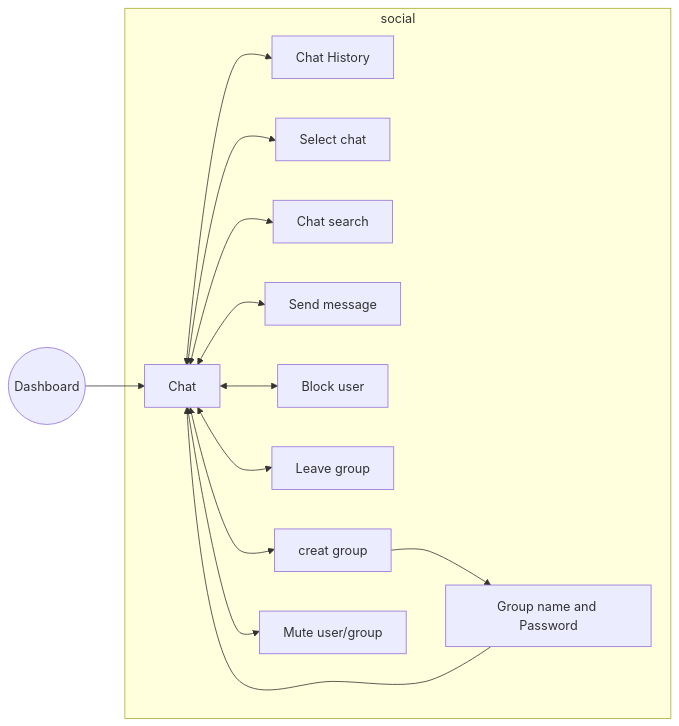
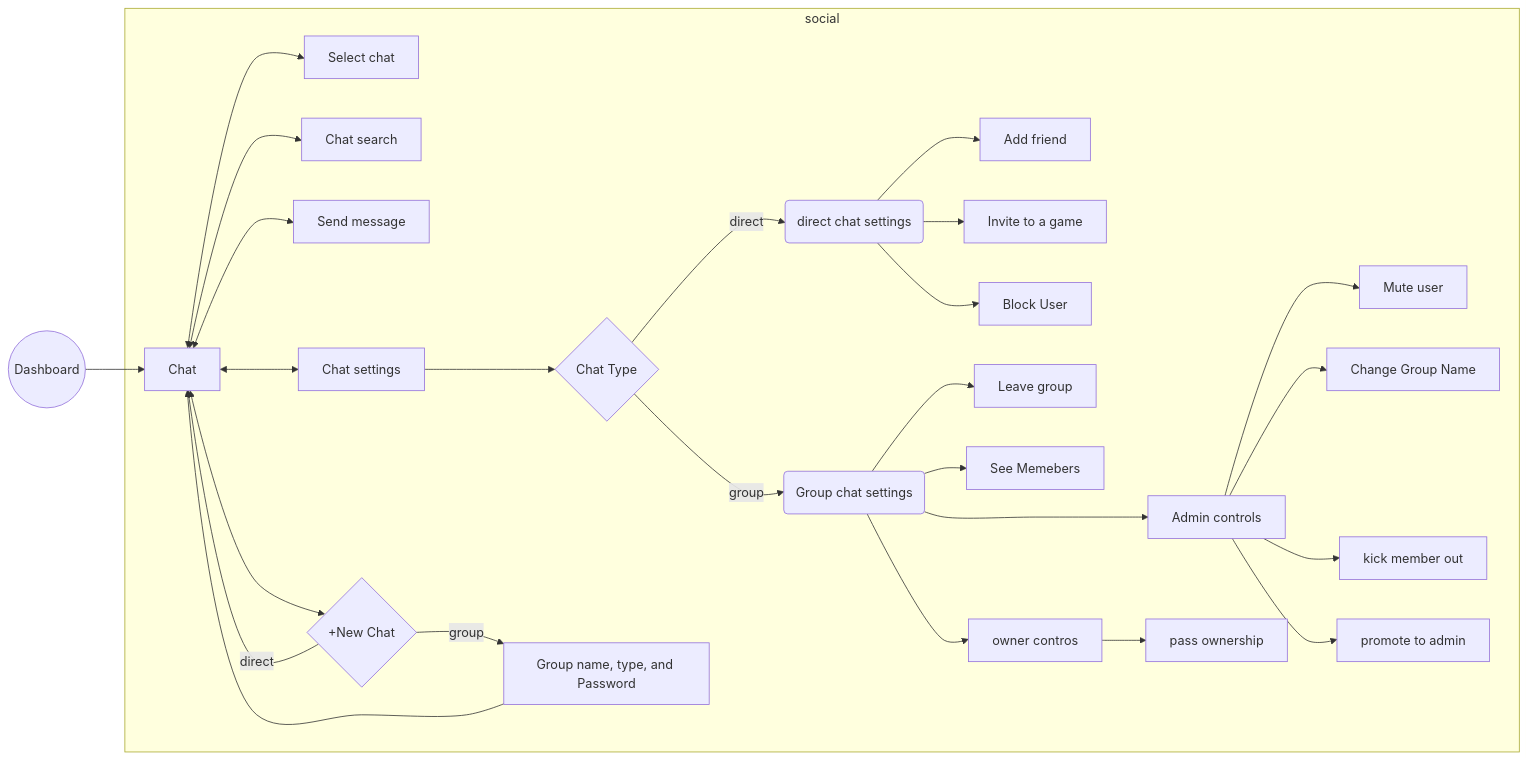
One commit to Salem-1/Transcendence changed the diagram in documetation/flowcharts/chat.md. Above: the diagram before and after it, drawn with Mermaid. The commit also changed 6 other files, not shown here.

Commit message:
Updated flowcharts as our last meeting The flow chart are missing the database and some details that will be added as we move along

````diff
--- a/documetation/flowcharts/chat.md
+++ b/documetation/flowcharts/chat.md
@@ -2,22 +2,41 @@
 ``` mermaid
 %%{init: {'theme': 'default', "flowchart" : { "curve" : "catmullRom" } } }%%
 flowchart LR
 		dash((Dashboard))
 
 		dash --> chat[Chat]
 
 
 		subgraph social
-			chat <--> chHist[Chat History]
 			chat <--> inChat[Select chat]
 			chat <--> chatsrch[Chat search]
 			chat <--> Send[Send message]
-			chat <--> Block[Block user]
-			chat <--> Leave[Leave group]
-			chat <--> Cr[creat group]
-			Cr --> group[Group name and Password] --> chat
-			chat <--> Mute[Mute user/group]
+			chat <--> chatSet[Chat settings]
+			chatSet --> chatType{Chat Type}
+			chatType -- direct --> pr(direct chat settings)
+			chatType -- group --> gr(Group chat settings)
+
+			pr --> add[Add friend]
+			pr --> Invite[Invite to a game]
+			pr --> Block[Block User]
+
+			gr -->  Leave[Leave group]
+			gr --> Member[See Memebers]
+			gr ---> AC[Admin controls]
+			gr --> Owner[owner contros]
+
+			AC -->  Mute[Mute user]
+			AC --> name["Change Group Name"]
+			AC --> Kick[kick member out]
+			AC --> promote[promote to admin]
+
+			Owner --> pass[pass ownership]
+
+			chat <--> Cr{+New Chat} 
+
+			Cr -- group --> group[Group name, type, and Password] --> chat
+			Cr -- direct --> chat
 
 		end
 
 ```
````
